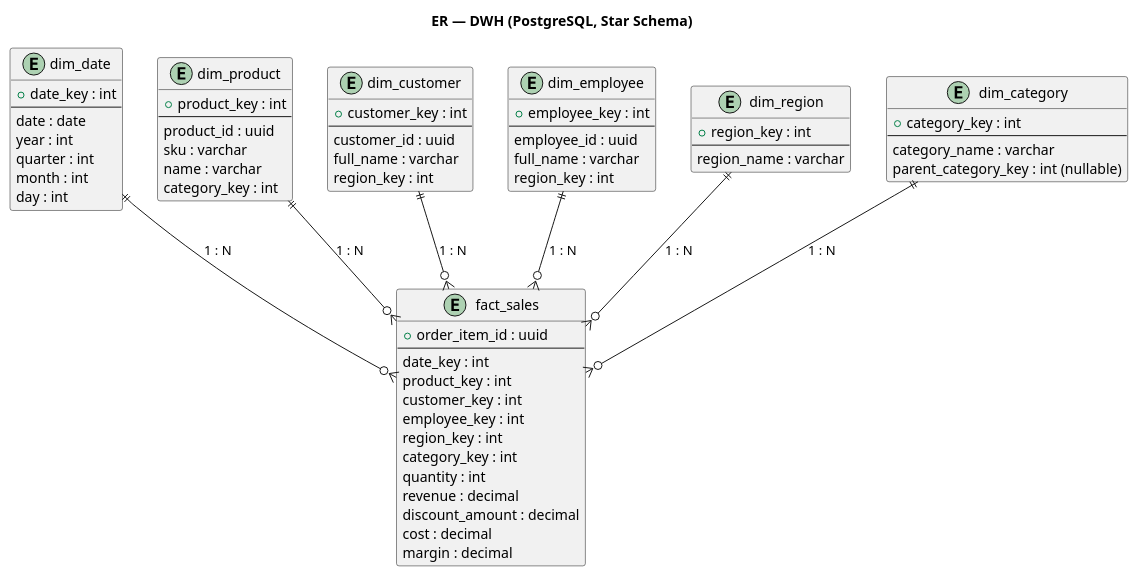
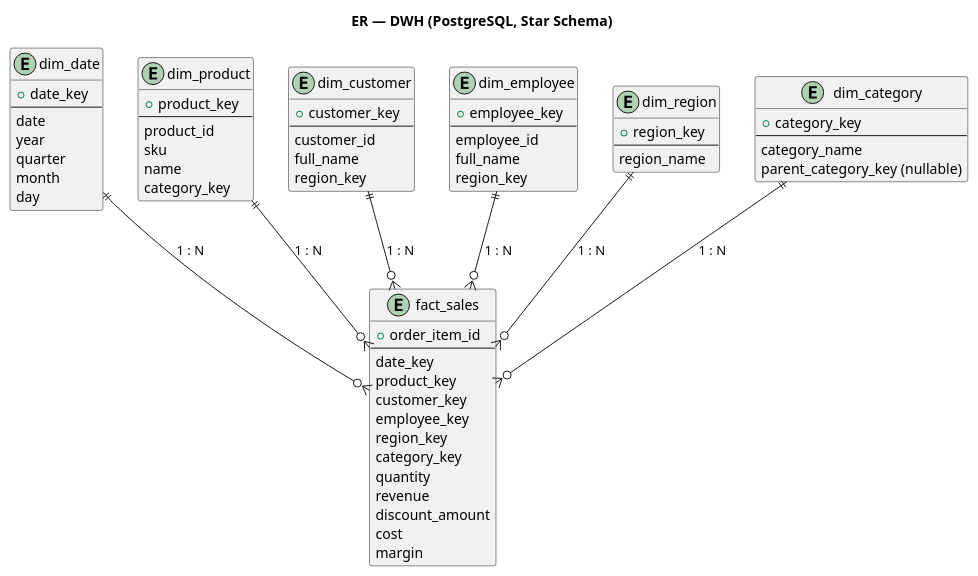
One commit to kshchuk/uni changed the diagram in 9-sem/Info/docs/er/dwh_er.puml. Above: the diagram before and after it, drawn with PlantUML. The commit also changed other lines of this file and 55 other files, not shown here.

Commit message:
fixed deployment diagram

```diff
--- a/9-sem/Info/docs/er/dwh_er.puml
+++ b/9-sem/Info/docs/er/dwh_er.puml
@@ -1,75 +1,75 @@
 @startuml DWH_ER
 title ER — DWH (PostgreSQL, Star Schema)
 
 entity "dim_date" as DDATE {
-  + date_key : int
+  + date_key
   --
-  date : date
-  year : int
-  quarter : int
-  month : int
-  day : int
+  date
+  year
+  quarter
+  month
+  day
 }
 
 entity "dim_product" as DPROD {
-  + product_key : int
+  + product_key
   --
-  product_id : uuid
-  sku : varchar
-  name : varchar
-  category_key : int
+  product_id
+  sku
+  name
+  category_key
 }
 
 entity "dim_customer" as DCUST {
-  + customer_key : int
+  + customer_key
   --
-  customer_id : uuid
-  full_name : varchar
-  region_key : int
+  customer_id
+  full_name
+  region_key
 }
 
 entity "dim_employee" as DEMP {
-  + employee_key : int
+  + employee_key
   --
-  employee_id : uuid
-  full_name : varchar
-  region_key : int
+  employee_id
+  full_name
+  region_key
 }
 
 entity "dim_region" as DREG {
-  + region_key : int
+  + region_key
   --
-  region_name : varchar
+  region_name
 }
 
 entity "dim_category" as DCAT {
-  + category_key : int
+  + category_key
   --
-  category_name : varchar
-  parent_category_key : int (nullable)
+  category_name
+  parent_category_key (nullable)
 }
 
 entity "fact_sales" as FSALES {
-  + order_item_id : uuid
+  + order_item_id
   --
-  date_key : int
-  product_key : int
-  customer_key : int
-  employee_key : int
-  region_key : int
-  category_key : int
-  quantity : int
-  revenue : decimal
-  discount_amount : decimal
-  cost : decimal
-  margin : decimal
+  date_key
+  product_key
+  customer_key
+  employee_key
+  region_key
+  category_key
+  quantity
+  revenue
+  discount_amount
+  cost
+  margin
 }
 
 DDATE ||--o{ FSALES : "1 : N"
 DPROD ||--o{ FSALES : "1 : N"
 DCUST ||--o{ FSALES : "1 : N"
 DEMP  ||--o{ FSALES : "1 : N"
 DREG  ||--o{ FSALES : "1 : N"
 DCAT  ||--o{ FSALES : "1 : N"
 
 @enduml
```
